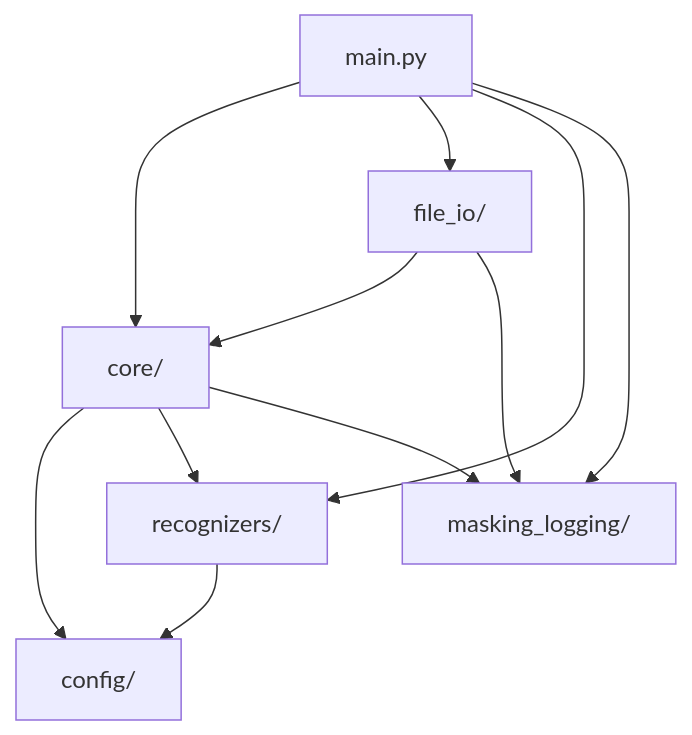
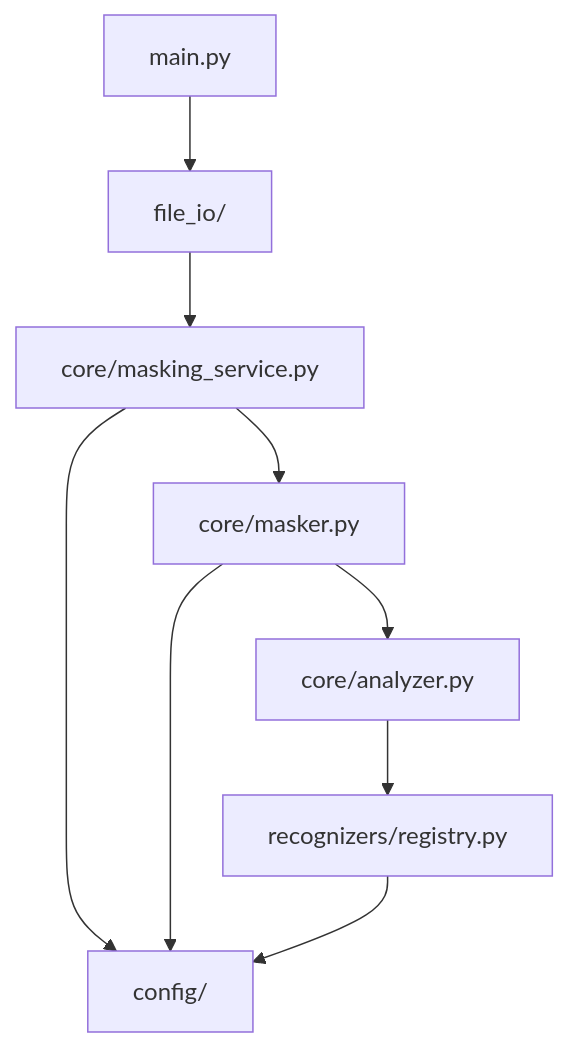
The second of 2 diagrams in doc/ARCHITECTURE.md (shkond/pdfmasking), drawn with Mermaid before and after one commit. The commit also changed other lines of this file and 29 other files, not shown here.

````diff
--- a/doc/ARCHITECTURE.md
+++ b/doc/ARCHITECTURE.md
@@ -67,16 +126,16 @@
 ```mermaid
 graph TD
-    main[main.py] --> core[core/]
-    main --> file_io[file_io/]
-    main --> recognizers[recognizers/]
-    main --> masking_logging[masking_logging/]
+    main[main.py] --> file_io[file_io/]
     
+    file_io --> core[core/masking_service.py]
+    
+    core --> masker[core/masker.py]
     core --> config[config/]
-    core --> recognizers
-    core --> masking_logging
     
-    file_io --> core
-    file_io --> masking_logging
+    masker --> analyzer[core/analyzer.py]
+    masker --> config
+    
+    analyzer --> recognizers[recognizers/registry.py]
     
     recognizers --> config
 ```
````
